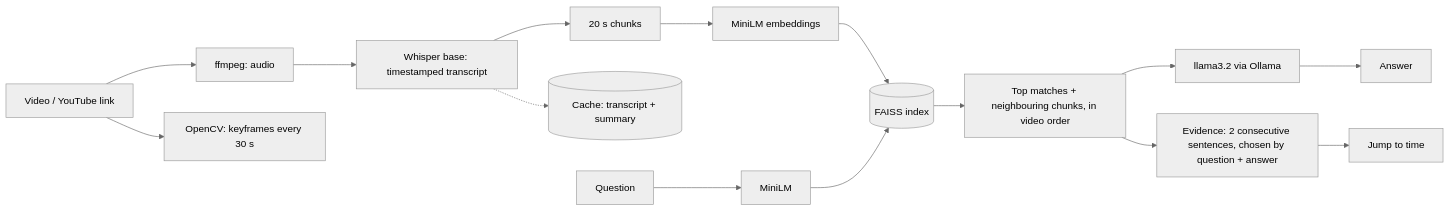
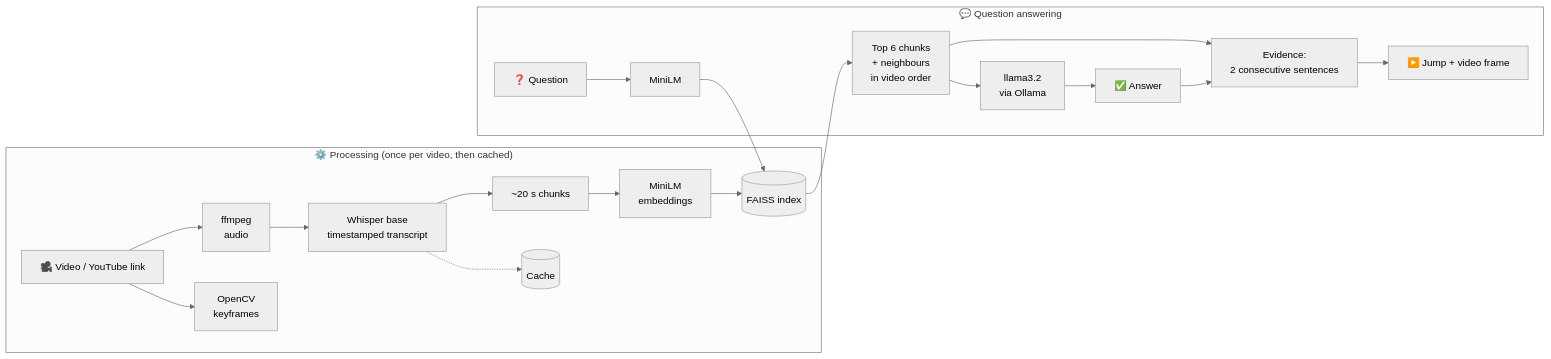
One commit to yashkush2010-del/ai-video-assistant-rag changed the diagram in README.md. Above: the diagram before and after it, drawn with Mermaid (neutral theme). The commit also changed other lines of this file, not shown here.

Commit message:
README: features, architecture, results, design decisions, troubleshooting

````diff
--- a/README.md
+++ b/README.md
@@ -33,18 +83,23 @@
 ```mermaid
 flowchart LR
-    V[Video / YouTube link] --> A[ffmpeg: audio]
-    A --> W[Whisper base: timestamped transcript]
-    V --> K[OpenCV: keyframes every 30 s]
-    W --> C[20 s chunks]
-    C --> E[MiniLM embeddings]
-    E --> F[(FAISS index)]
-    W -.-> X[(Cache: transcript + summary)]
+    subgraph Processing["⚙️ Processing (once per video, then cached)"]
+        V[🎥 Video / YouTube link] --> A[ffmpeg<br/>audio]
+        A --> W[Whisper base<br/>timestamped transcript]
+        W --> C[~20 s chunks]
+        C --> E[MiniLM<br/>embeddings]
+        E --> F[(FAISS index)]
+        V --> K[OpenCV<br/>keyframes]
+        W -.-> X[(Cache)]
+    end
 
-    Q[Question] --> QE[MiniLM]
-    QE --> F
-    F --> N[Top matches + neighbouring chunks, in video order]
-    N --> L[llama3.2 via Ollama]
-    L --> ANS[Answer]
-    N --> EV[Evidence: 2 consecutive sentences, chosen by question + answer]
-    EV --> J[Jump to time]
+    subgraph QA["💬 Question answering"]
+        Q[❓ Question] --> QE[MiniLM]
+        QE --> F
+        F --> N[Top 6 chunks<br/>+ neighbours<br/>in video order]
+        N --> L[llama3.2<br/>via Ollama]
+        L --> ANS[✅ Answer]
+        N --> EV[Evidence:<br/>2 consecutive sentences]
+        ANS --> EV
+        EV --> J[▶️ Jump + video frame]
+    end
 ```
````
